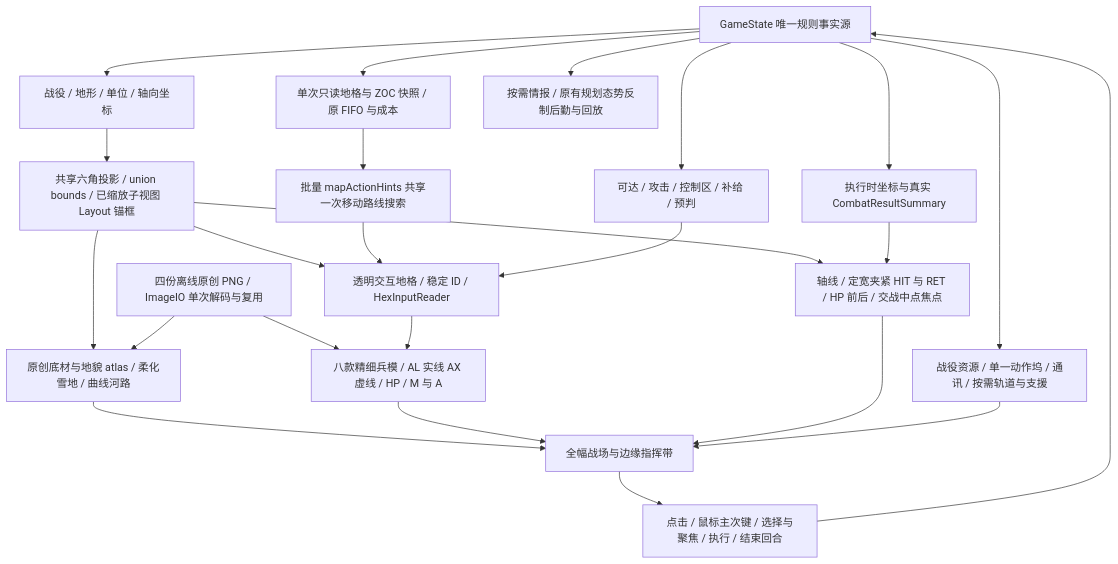
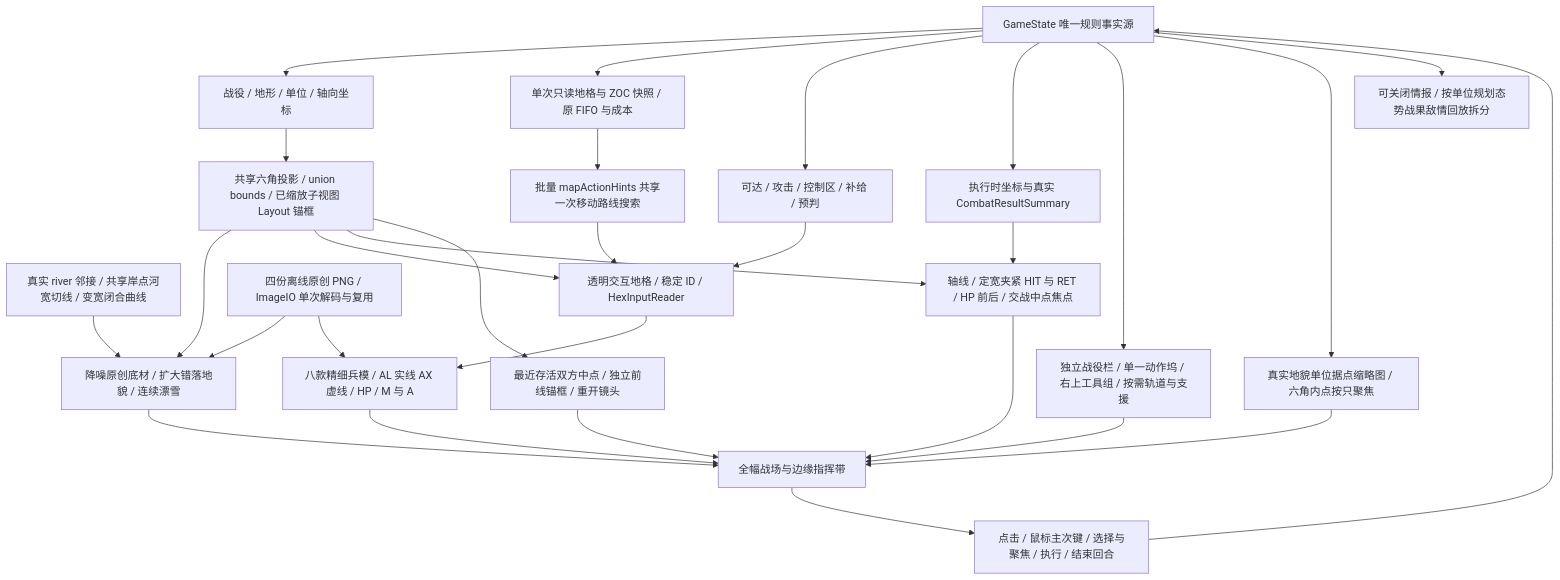
Before and after one commit to Altman-sam114/116: the first of 3 diagrams in md/flow/flowchart.md, drawn with Mermaid. The commit also changed other lines of this file and 26 other files, not shown here.

````diff
--- a/md/flow/flowchart.md
+++ b/md/flow/flowchart.md
@@ -5,26 +5,31 @@
 ```mermaid
 flowchart TD
     State[GameState 唯一规则事实源] --> Models[战役 / 地形 / 单位 / 轴向坐标]
     Models --> Layout[共享六角投影 / union bounds / 已缩放子视图 Layout 锚框]
-    Layout --> Terrain[原创底材与地貌 atlas / 柔化雪地 / 曲线河路]
+    Layout --> Terrain[降噪原创底材 / 扩大错落地貌 / 连续漂雪]
+    River[真实 river 邻接 / 共享岸点河宽切线 / 变宽闭合曲线] --> Terrain
     Layout --> Tiles[透明交互地格 / 稳定 ID / HexInputReader]
     State --> Routes[单次只读地格与 ZOC 快照 / 原 FIFO 与成本]
     Routes --> Hints[批量 mapActionHints 共享一次移动路线搜索]
     Hints --> Tiles
     State --> Rules[可达 / 攻击 / 控制区 / 补给 / 预判]
     Rules --> Tiles
     Artwork[四份离线原创 PNG / ImageIO 单次解码与复用] --> Terrain
     Artwork --> Units[八款精细兵模 / AL 实线 AX 虚线 / HP / M 与 A]
     Tiles --> Units
     State --> Result[执行时坐标与真实 CombatResultSummary]
     Layout --> Feedback[轴线 / 定宽夹紧 HIT 与 RET / HP 前后 / 交战中点焦点]
     Result --> Feedback
     Terrain --> Screen[全幅战场与边缘指挥带]
     Units --> Screen
     Feedback --> Screen
-    State --> Deck[战役资源 / 单一动作坞 / 通讯 / 按需轨道与支援]
+    State --> Deck[独立战役栏 / 单一动作坞 / 右上工具组 / 按需轨道与支援]
     Deck --> Screen
+    State --> Overview[真实地貌单位据点缩略图 / 六角内点按只聚焦]
+    Overview --> Screen
+    Layout --> Camera[最近存活双方中点 / 独立前线锚框 / 重开镜头]
+    Camera --> Screen
     Screen --> Input[点击 / 鼠标主次键 / 选择与聚焦 / 执行 / 结束回合]
     Input --> State
-    State --> Inspector[按需情报 / 原有规划态势反制后勤与回放]
+    State --> Inspector[可关闭情报 / 按单位规划态势战果敌情回放拆分]
 ```
````
